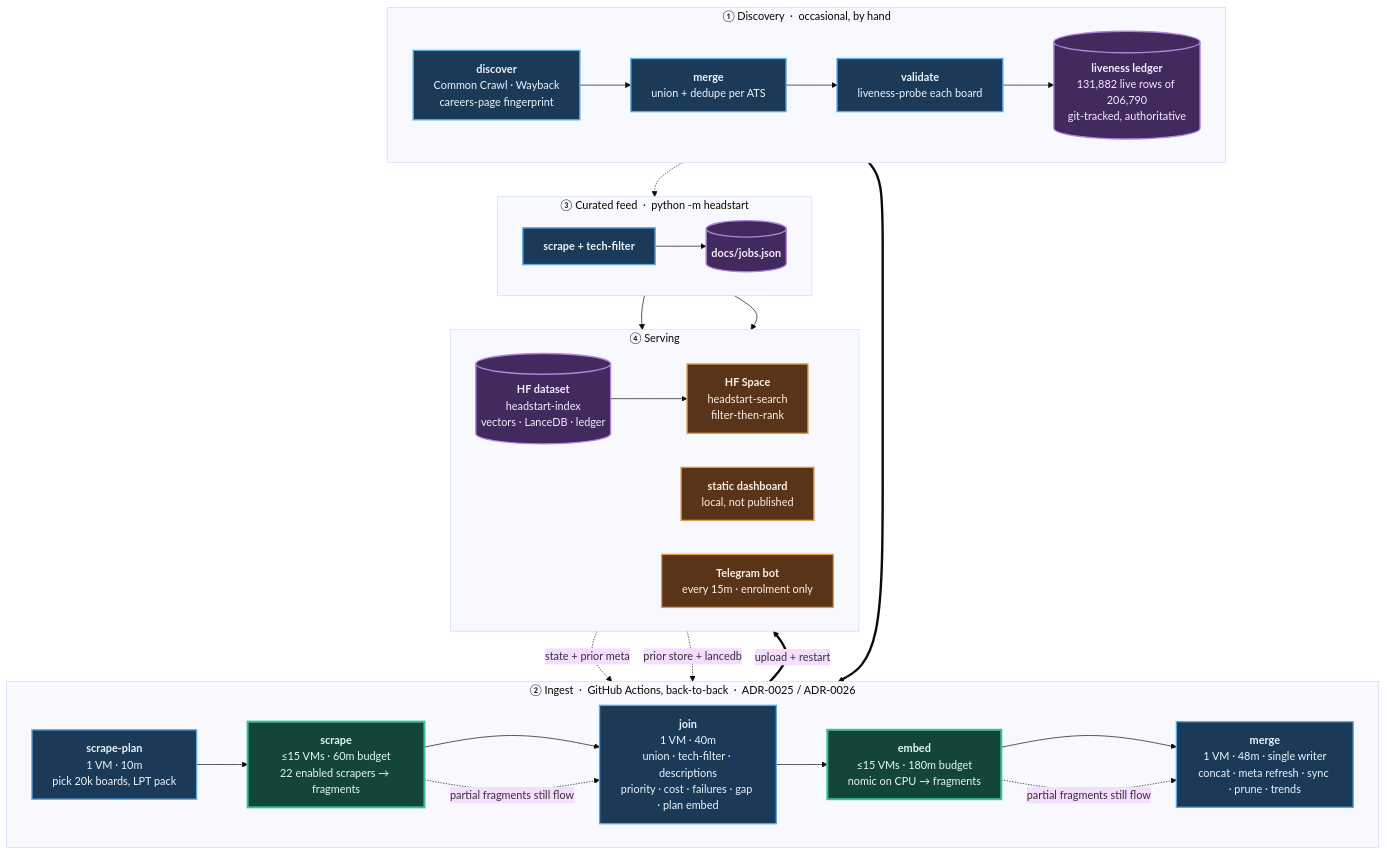
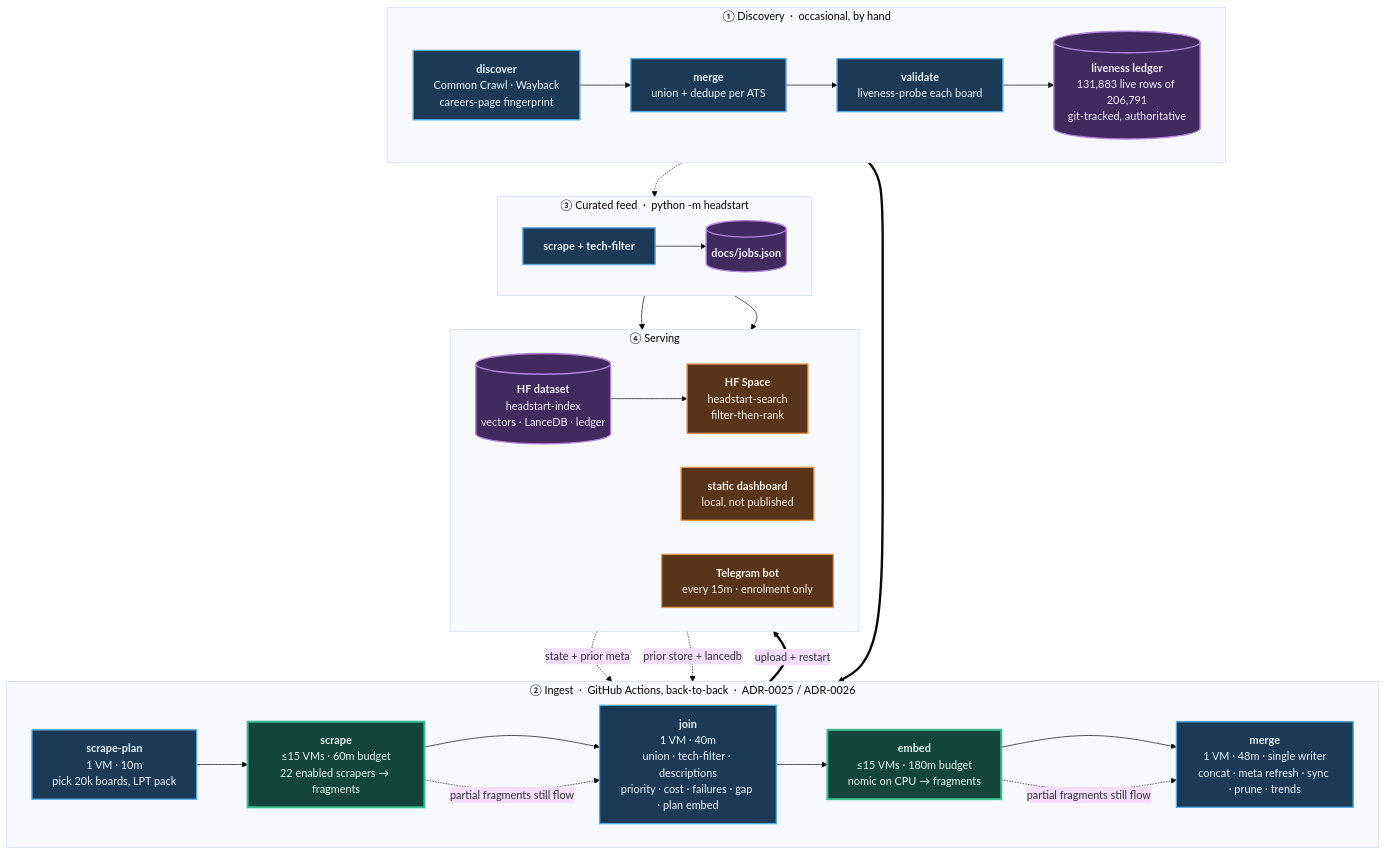
The diagram in README.md (sarthakjain004/headstart), drawn with Mermaid (base theme) before and after one commit. The commit also changed other lines of this file and 8 other files, not shown here.

````diff
--- a/README.md
+++ b/README.md
@@ -84,56 +84,56 @@
 ```mermaid
 flowchart TB
     subgraph D["① Discovery &nbsp;·&nbsp; occasional, by hand"]
         direction LR
         D1["<b>discover</b><br/>Common Crawl · Wayback<br/>careers-page fingerprint"]
         D2["<b>merge</b><br/>union + dedupe per ATS"]
         D3["<b>validate</b><br/>liveness-probe each board"]
-        D4[("<b>liveness ledger</b><br/>131,882 live rows of 206,790<br/>git-tracked, authoritative")]
+        D4[("<b>liveness ledger</b><br/>131,883 live rows of 206,791<br/>git-tracked, authoritative")]
         D1 --> D2 --> D3 --> D4
     end
 
     subgraph P["② Ingest &nbsp;·&nbsp; GitHub Actions, back-to-back &nbsp;·&nbsp; ADR-0025 / ADR-0026"]
         direction LR
         P1["<b>scrape-plan</b><br/>1 VM · 10m<br/>pick 20k boards, LPT pack"]
         P2["<b>scrape</b><br/>≤15 VMs · 60m budget<br/>22 enabled scrapers → fragments"]
         P3["<b>join</b><br/>1 VM · 40m<br/>union · tech-filter · descriptions<br/>priority · cost · failures · gap · plan embed"]
         P4["<b>embed</b><br/>≤15 VMs · 180m budget<br/>nomic on CPU → fragments"]
         P5["<b>merge</b><br/>1 VM · 48m · single writer<br/>concat · meta refresh · sync · prune · trends"]
         P1 --> P2 --> P3 --> P4 --> P5
     end
 
     subgraph F["③ Curated feed &nbsp;·&nbsp; python -m headstart"]
         direction LR
         F1["<b>scrape + tech-filter</b>"]
         F2[("<b>docs/jobs.json</b>")]
         F1 --> F2
     end
 
     subgraph S["④ Serving"]
         direction LR
         S1[("<b>HF dataset</b><br/>headstart-index<br/>vectors · LanceDB · ledger")]
         S2["<b>HF Space</b><br/>headstart-search<br/>filter-then-rank"]
         S3["<b>static dashboard</b><br/>local, not published"]
         S4["<b>Telegram bot</b><br/>every 15m · enrolment only"]
         S1 --> S2
     end
 
     D4 ==> P1
     S1 -. "state + prior meta" .-> P1
     S1 -. "prior store + lancedb" .-> P5
     D4 -.-> F1
     P5 ==>|"upload + restart"| S1
     F2 --> S3
     F2 --> S4
     P2 -. "partial fragments still flow" .-> P3
     P4 -. "partial fragments still flow" .-> P5
 
     classDef serial fill:#1b3a57,stroke:#5aa9e6,stroke-width:2px,color:#eaf4fc
     classDef fan fill:#14453a,stroke:#3fbf8f,stroke-width:3px,color:#e4f7f0
     classDef store fill:#42295e,stroke:#b184dd,stroke-width:2px,color:#f4ecfc
     classDef serve fill:#5a3418,stroke:#e09a4f,stroke-width:2px,color:#fbf1e6
     class D1,D2,D3,P1,P3,P5,F1 serial
     class P2,P4 fan
     class D4,F2,S1 store
     class S2,S3,S4 serve
 ```
````
